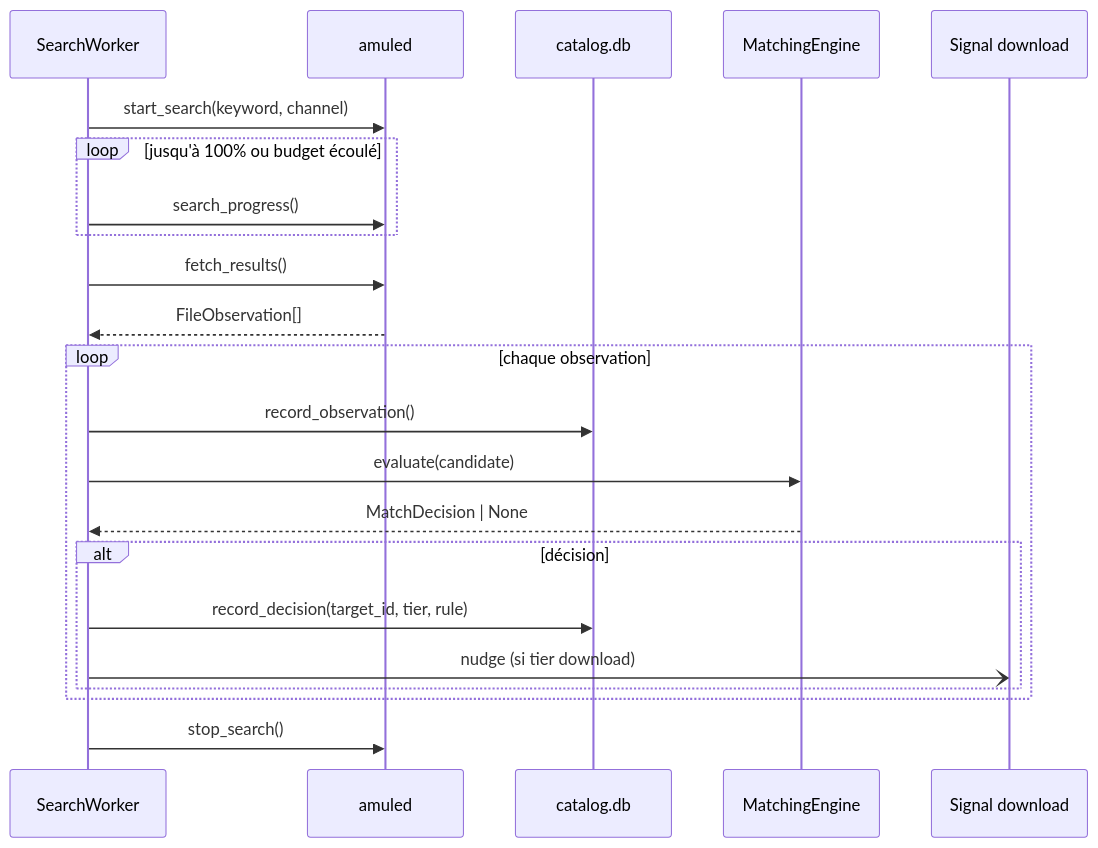
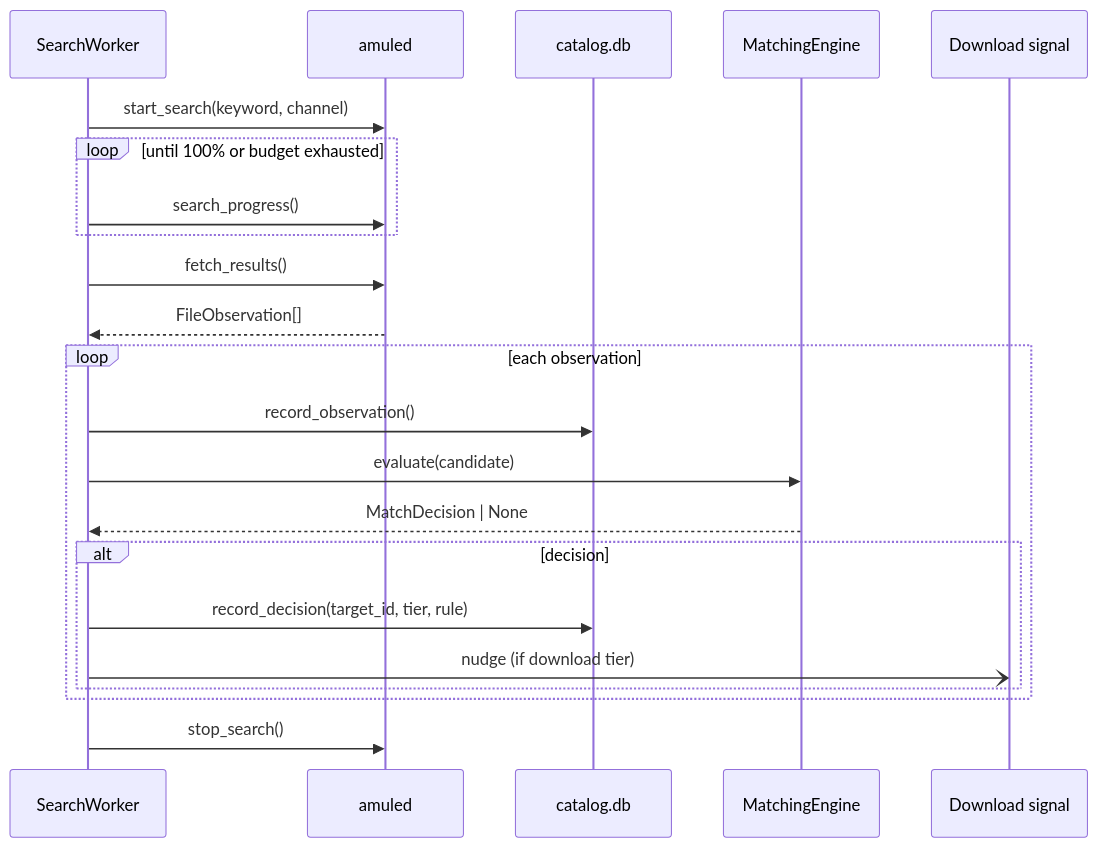
Before and after one commit to GeoffreyCoulaud/mulewatch: the sixth of 10 diagrams in docs/architecture.md, drawn with Mermaid. The commit also changed other lines of this file and 14 other files, not shown here.

````diff
--- a/docs/architecture.md
+++ b/docs/architecture.md
@@ -163,25 +165,25 @@
 ```mermaid
 sequenceDiagram
   participant W as SearchWorker
   participant A as amuled
   participant C as catalog.db
   participant E as MatchingEngine
-  participant D as Signal download
+  participant D as Download signal
 
   W->>A: start_search(keyword, channel)
-  loop jusqu'à 100% ou budget écoulé
+  loop until 100% or budget exhausted
     W->>A: search_progress()
   end
   W->>A: fetch_results()
   A-->>W: FileObservation[]
-  loop chaque observation
+  loop each observation
     W->>C: record_observation()
     W->>E: evaluate(candidate)
     E-->>W: MatchDecision | None
-    alt décision
+    alt decision
       W->>C: record_decision(target_id, tier, rule)
-      W-)D: nudge (si tier download)
+      W-)D: nudge (if download tier)
     end
   end
   W->>A: stop_search()
 ```
````
